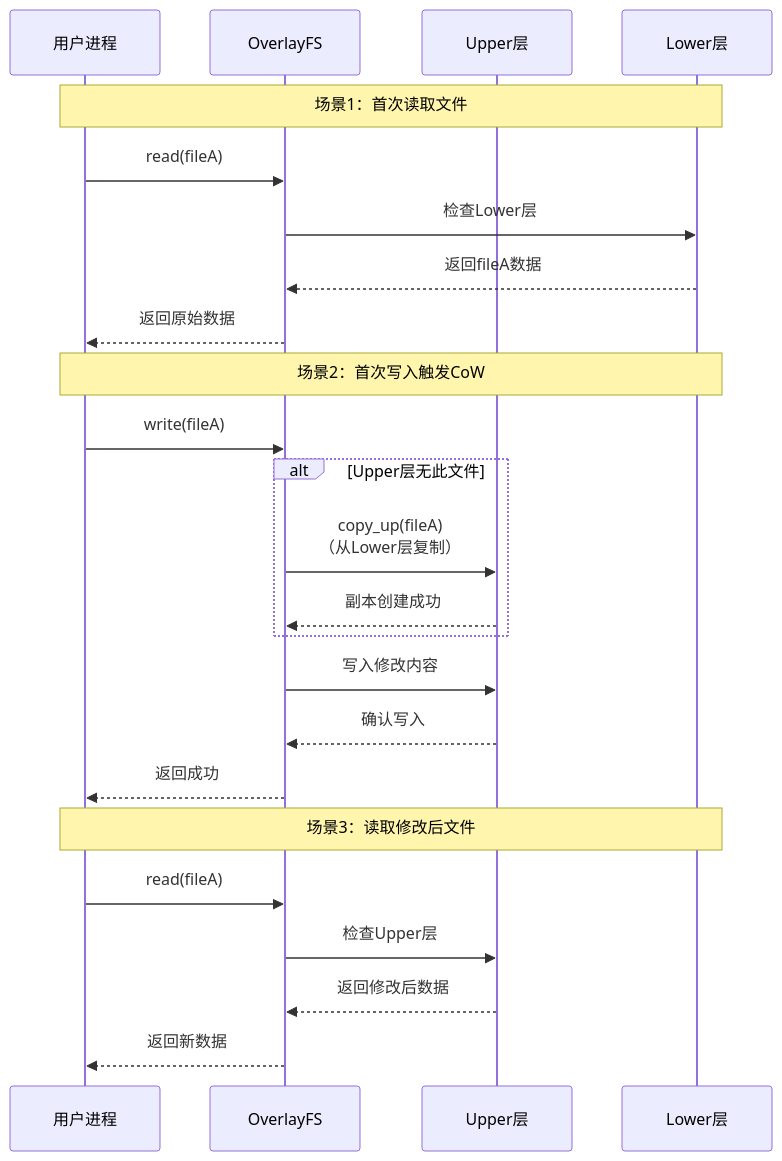
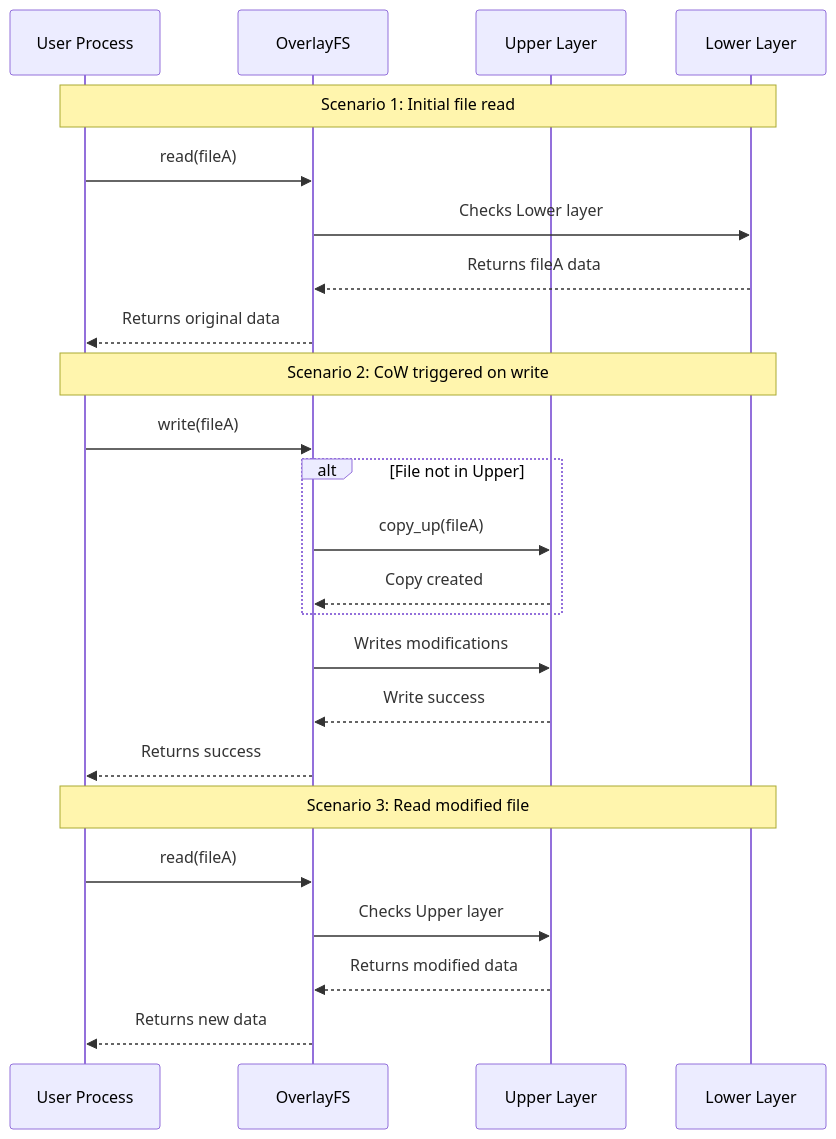
One commit to rk8s-dev/rk8s changed the fifth of 5 diagrams in project/libfuse-fs/docs/tech.md. Above: the diagram before and after it, drawn with Mermaid. The commit also changed other lines of this file and 1 other file, not shown here.

````diff
--- a/project/libfuse-fs/docs/tech.md
+++ b/project/libfuse-fs/docs/tech.md
@@ -374,32 +367,32 @@
-```mermaid
-sequenceDiagram
-    participant User as 用户进程
-    participant Overlay as OverlayFS
-    participant Upper as Upper层
-    participant Lower as Lower层
+```mermaid  
+sequenceDiagram  
+    participant User as User Process  
+    participant Overlay as OverlayFS  
+    participant Upper as Upper Layer  
+    participant Lower as Lower Layer  
 
-    %% 初始读取流程
-    Note over User,Lower: 场景1：首次读取文件
-    User->>Overlay: read(fileA)
-    Overlay->>Lower: 检查Lower层
-    Lower-->>Overlay: 返回fileA数据
-    Overlay-->>User: 返回原始数据
+    %% First read  
+    Note over User,Lower: Scenario 1: Initial file read  
+    User->>Overlay: read(fileA)  
+    Overlay->>Lower: Checks Lower layer  
+    Lower-->>Overlay: Returns fileA data  
+    Overlay-->>User: Returns original data  
 
-    %% 修改触发CoW
-    Note over User,Lower: 场景2：首次写入触发CoW
-    User->>Overlay: write(fileA)
-    alt Upper层无此文件
-        Overlay->>Upper: copy_up(fileA)<br/>（从Lower层复制）
-        Upper-->>Overlay: 副本创建成功
-    end
-    Overlay->>Upper: 写入修改内容
-    Upper-->>Overlay: 确认写入
-    Overlay-->>User: 返回成功
+    %% CoW on first write  
+    Note over User,Lower: Scenario 2: CoW triggered on write  
+    User->>Overlay: write(fileA)  
+    alt File not in Upper  
+        Overlay->>Upper: copy_up(fileA)  
+        Upper-->>Overlay: Copy created  
+    end  
+    Overlay->>Upper: Writes modifications  
+    Upper-->>Overlay: Write success  
+    Overlay-->>User: Returns success  
 
-    %% 后续读取
-    Note over User,Lower: 场景3：读取修改后文件
-    User->>Overlay: read(fileA)
-    Overlay->>Upper: 检查Upper层
-    Upper-->>Overlay: 返回修改后数据
-    Overlay-->>User: 返回新数据
-```
+    %% Subsequent read  
+    Note over User,Lower: Scenario 3: Read modified file  
+    User->>Overlay: read(fileA)  
+    Overlay->>Upper: Checks Upper layer  
+    Upper-->>Overlay: Returns modified data  
+    Overlay-->>User: Returns new data  
+```  
````
